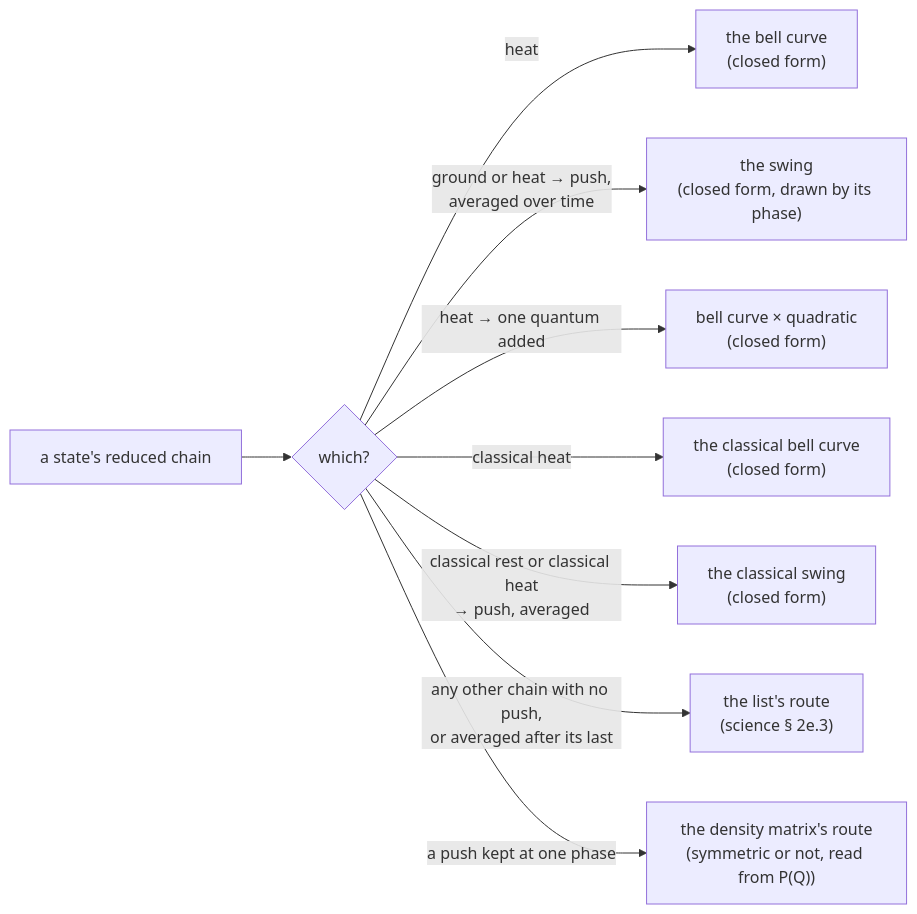
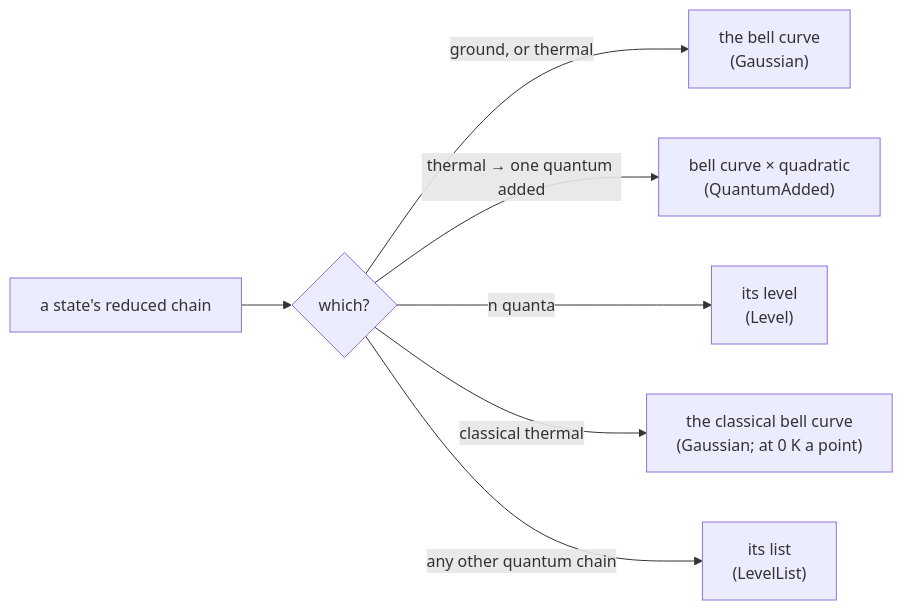
Before and after one commit to Qing-LAB/molbuilder: the fifth of 6 diagrams in docs/engines/vibration-frames.md, drawn with Mermaid. The commit also changed other lines of this file and 44 other files, not shown here.

````diff
--- a/docs/engines/vibration-frames.md
+++ b/docs/engines/vibration-frames.md
@@ -1042,11 +1397,9 @@
 ```mermaid
 flowchart LR
     C["a state's reduced chain"] --> H{"which?"}
-    H -->|"heat"| B["the bell curve<br/>(closed form)"]
-    H -->|"ground or heat → push,<br/>averaged over time"| W["the swing<br/>(closed form, drawn by its phase)"]
-    H -->|"heat → one quantum added"| Q["bell curve × quadratic<br/>(closed form)"]
-    H -->|"classical heat"| K1["the classical bell curve<br/>(closed form)"]
-    H -->|"classical rest or classical heat<br/>→ push, averaged"| K2["the classical swing<br/>(closed form)"]
-    H -->|"any other chain with no push,<br/>or averaged after its last"| L["the list's route<br/>(science § 2e.3)"]
-    H -->|"a push kept at one phase"| M["the density matrix's route<br/>(symmetric or not, read from P(Q))"]
+    H -->|"ground, or thermal"| B["the bell curve<br/>(Gaussian)"]
+    H -->|"thermal → one quantum added"| Q["bell curve × quadratic<br/>(QuantumAdded)"]
+    H -->|"n quanta"| N["its level<br/>(Level)"]
+    H -->|"classical thermal"| K["the classical bell curve<br/>(Gaussian; at 0 K a point)"]
+    H -->|"any other quantum chain"| L["its list<br/>(LevelList)"]
 ```
````
